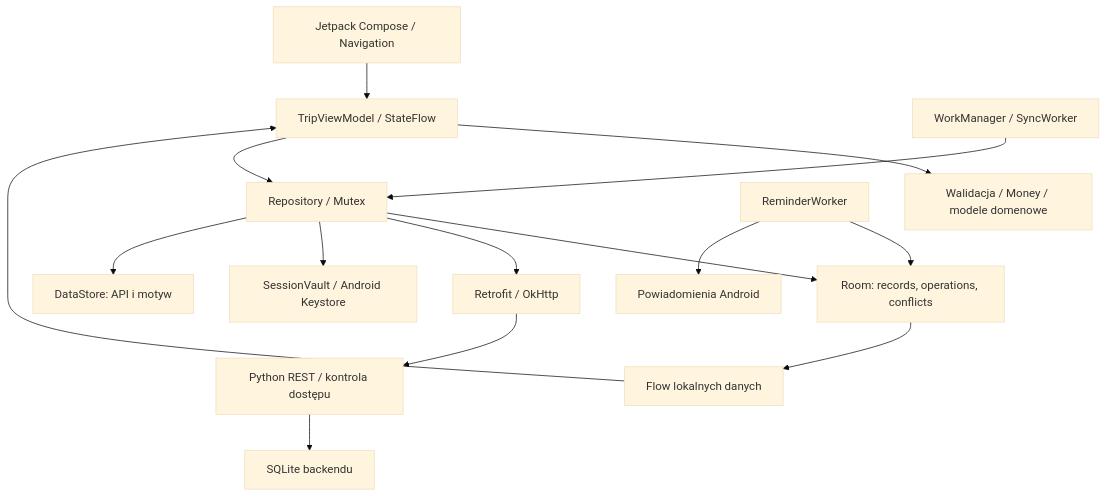
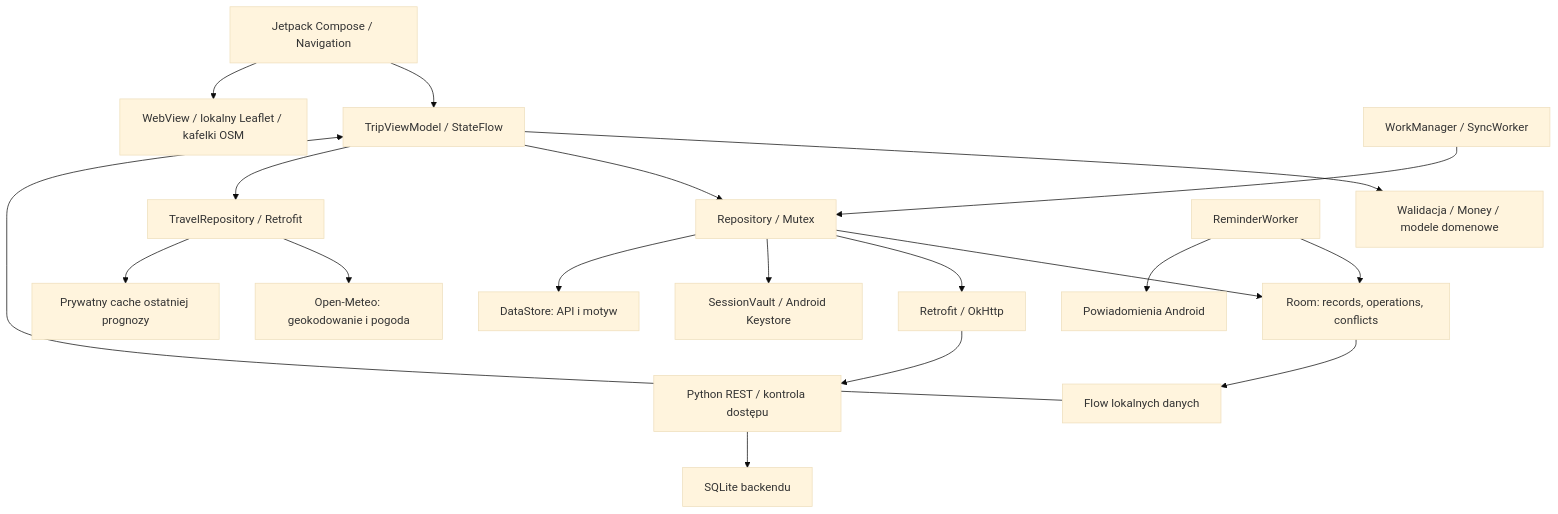
The first of 4 diagrams in docs/architektura.md (Yamoteusz/TripSync), drawn with Mermaid (base theme) before and after one commit. The commit also changed other lines of this file and 28 other files, not shown here.

````diff
--- a/docs/architektura.md
+++ b/docs/architektura.md
@@ -5,17 +5,21 @@
 ```mermaid
 flowchart TD
     UI[Jetpack Compose / Navigation] --> VM[TripViewModel / StateFlow]
     VM --> DOMAIN[Walidacja / Money / modele domenowe]
     VM --> REPO[Repository / Mutex]
+    VM --> TRAVEL[TravelRepository / Retrofit]
+    TRAVEL --> METEO[Open-Meteo: geokodowanie i pogoda]
+    TRAVEL --> CACHE[Prywatny cache ostatniej prognozy]
+    UI --> MAP[WebView / lokalny Leaflet / kafelki OSM]
     REPO --> ROOM[Room: records, operations, conflicts]
     ROOM --> FLOW[Flow lokalnych danych]
     FLOW --> VM
     REPO --> API[Retrofit / OkHttp]
     API --> SERVER[Python REST / kontrola dostępu]
     SERVER --> SQLITE[SQLite backendu]
     REPO --> VAULT[SessionVault / Android Keystore]
     REPO --> PREFS[DataStore: API i motyw]
     WORK[WorkManager / SyncWorker] --> REPO
     REMIND[ReminderWorker] --> ROOM
     REMIND --> NOTIF[Powiadomienia Android]
 ```
````
